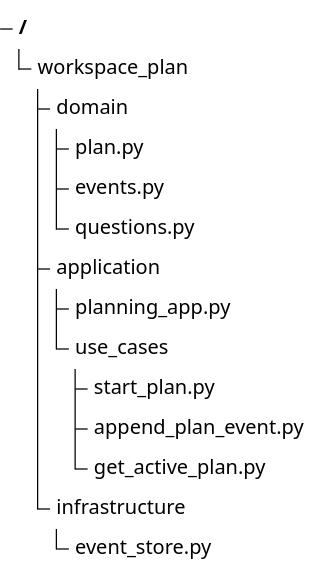
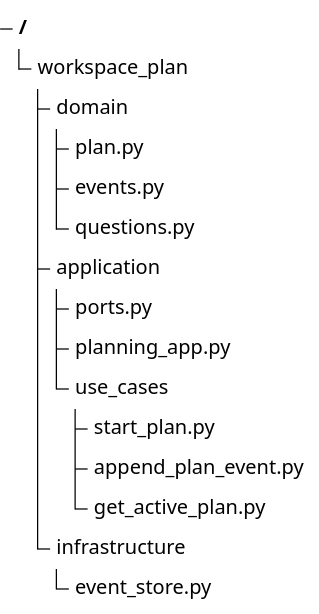
One commit to 9orky/enclosure changed the third of 3 diagrams in .enclosure/plans/planning-workflow/epics/event-sourced-core/SCHEMAS.md. Above: the diagram before and after it, drawn with Mermaid. The commit also changed other lines of this file and 19 other files, not shown here.

````diff
--- a/.enclosure/plans/planning-workflow/epics/event-sourced-core/SCHEMAS.md
+++ b/.enclosure/plans/planning-workflow/epics/event-sourced-core/SCHEMAS.md
@@ -111,18 +135,19 @@
 ```mermaid
 %% contract: files
 %%{init: {"theme": "base", "themeVariables": {"labelColor": "#172033", "lineColor": "#64748b"}}}%%
 treeView-beta
   "workspace_plan"
     "domain"
       "plan.py"
       "events.py"
       "questions.py"
     "application"
+      "ports.py"
       "planning_app.py"
       "use_cases"
         "start_plan.py"
         "append_plan_event.py"
         "get_active_plan.py"
     "infrastructure"
       "event_store.py"
 ```
````
